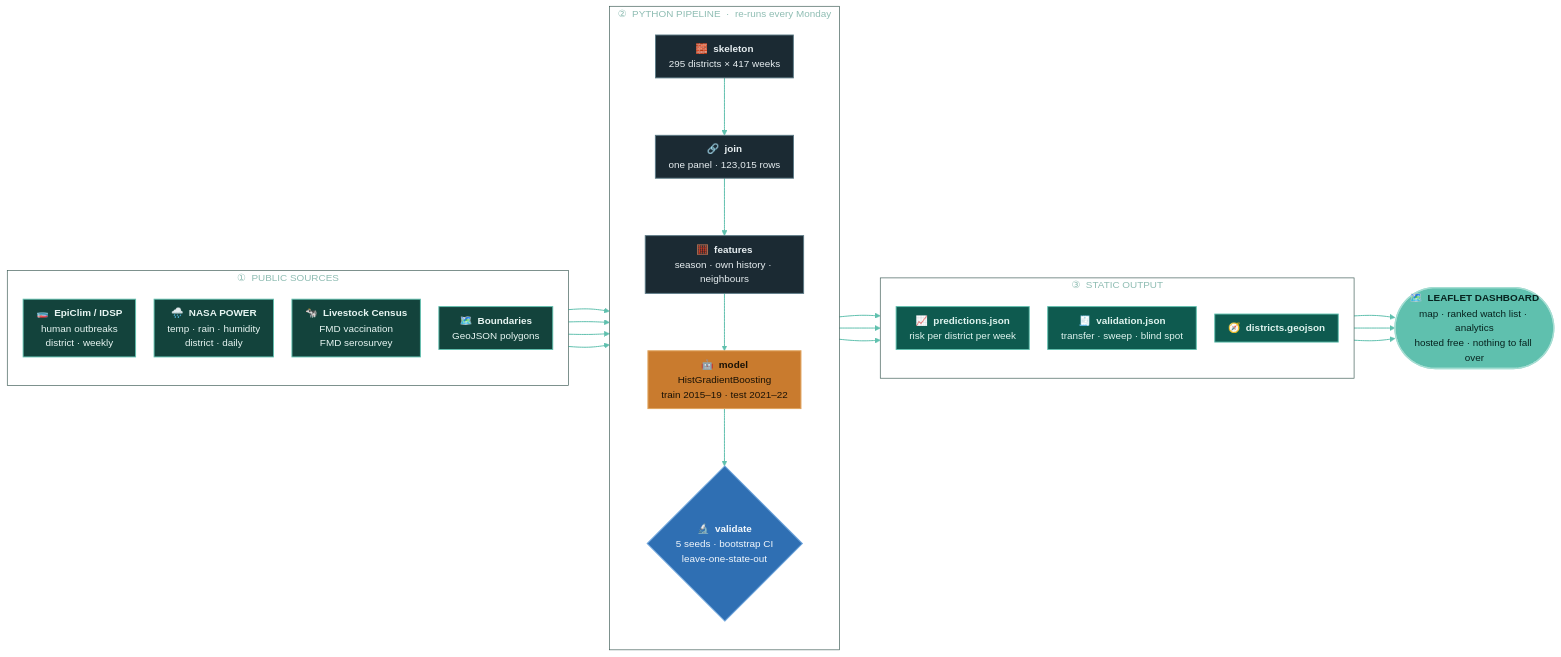
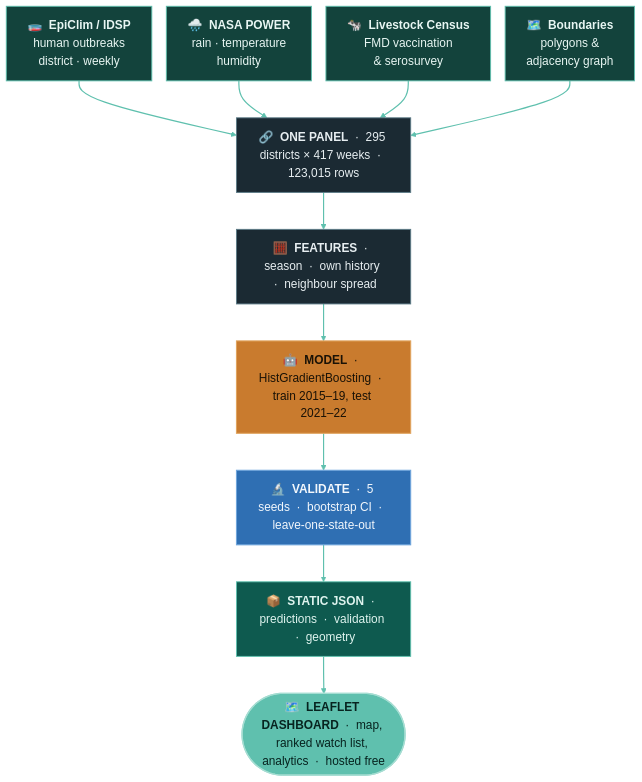
One commit to lakkarsunanditha14/onehealth-early-warning changed the diagram in README.md. Above: the diagram before and after it, drawn with Mermaid. The commit also changed other lines of this file, not shown here.

Commit message:
taller architecture diagram, fewer tables

````diff
--- a/README.md
+++ b/README.md
@@ -254,56 +255,36 @@
 ```mermaid
-%%{init: {"theme":"base","themeVariables":{"fontSize":"15px","fontFamily":"IBM Plex Sans, Segoe UI, sans-serif","lineColor":"#5FC0AE","clusterBkg":"transparent","clusterBorder":"#3C5A54","edgeLabelBackground":"#13433C","tertiaryColor":"transparent","titleColor":"#8FBDB3","textColor":"#CFE2DE","nodeTextColor":"#E8F6F3"},"flowchart":{"nodeSpacing":28,"rankSpacing":62,"padding":10,"curve":"basis"}}}%%
-flowchart LR
+%%{init: {"theme":"base","themeVariables":{"fontSize":"18px","fontFamily":"IBM Plex Sans, Segoe UI, sans-serif","lineColor":"#5FC0AE","textColor":"#CFE2DE","nodeTextColor":"#E8F6F3"},"flowchart":{"nodeSpacing":22,"rankSpacing":56,"padding":16,"curve":"basis"}}}%%
+flowchart TB
 
-  subgraph SRC ["&nbsp; ① &nbsp;PUBLIC SOURCES &nbsp;"]
-    direction TB
-    A1["🧫 &nbsp;<b>EpiClim / IDSP</b><br>human outbreaks<br>district · weekly"]
-    A2["🌧️ &nbsp;<b>NASA POWER</b><br>temp · rain · humidity<br>district · daily"]
-    A3["🐄 &nbsp;<b>Livestock Census</b><br>FMD vaccination<br>FMD serosurvey"]
-    A4["🗺️ &nbsp;<b>Boundaries</b><br>GeoJSON polygons"]
-  end
+  A1["🧫 &nbsp;<b>EpiClim / IDSP</b><br>human outbreaks<br>district · weekly"]
+  A2["🌧️ &nbsp;<b>NASA POWER</b><br>rain · temperature<br>humidity"]
+  A3["🐄 &nbsp;<b>Livestock Census</b><br>FMD vaccination<br>& serosurvey"]
+  A4["🗺️ &nbsp;<b>Boundaries</b><br>polygons &<br>adjacency graph"]
 
-  subgraph PIPE ["&nbsp; ② &nbsp;PYTHON PIPELINE &nbsp;·&nbsp; re-runs every Monday &nbsp;"]
-    direction TB
-    B1["🧱 &nbsp;<b>skeleton</b><br>295 districts × 417 weeks"]
-    B2["🔗 &nbsp;<b>join</b><br>one panel · 123,015 rows"]
-    B3["🧮 &nbsp;<b>features</b><br>season · own history · neighbours"]
-    B4["🤖 &nbsp;<b>model</b><br>HistGradientBoosting<br>train 2015–19 · test 2021–22"]
-    B5{"🔬 &nbsp;<b>validate</b><br>5 seeds · bootstrap CI<br>leave-one-state-out"}
-    B1 --> B2 --> B3 --> B4 --> B5
-  end
+  B["🔗 &nbsp;<b>ONE PANEL</b> &nbsp;·&nbsp; 295 districts × 417 weeks &nbsp;·&nbsp; 123,015 rows"]
+  C["🧮 &nbsp;<b>FEATURES</b> &nbsp;·&nbsp; season &nbsp;·&nbsp; own history &nbsp;·&nbsp; neighbour spread"]
+  D["🤖 &nbsp;<b>MODEL</b> &nbsp;·&nbsp; HistGradientBoosting &nbsp;·&nbsp; train 2015–19, test 2021–22"]
+  E["🔬 &nbsp;<b>VALIDATE</b> &nbsp;·&nbsp; 5 seeds &nbsp;·&nbsp; bootstrap CI &nbsp;·&nbsp; leave-one-state-out"]
+  F["📦 &nbsp;<b>STATIC JSON</b> &nbsp;·&nbsp; predictions &nbsp;·&nbsp; validation &nbsp;·&nbsp; geometry"]
+  G(["🗺️ &nbsp;<b>LEAFLET DASHBOARD</b> &nbsp;·&nbsp; map, ranked watch list, analytics &nbsp;·&nbsp; hosted free"])
 
-  subgraph OUT ["&nbsp; ③ &nbsp;STATIC OUTPUT &nbsp;"]
-    direction TB
-    C1["📈 &nbsp;<b>predictions.json</b><br>risk per district per week"]
-    C2["🧾 &nbsp;<b>validation.json</b><br>transfer · sweep · blind spot"]
-    C3["🧭 &nbsp;<b>districts.geojson</b>"]
-  end
-
-  APP(["🗺️ &nbsp;<b>LEAFLET DASHBOARD</b><br>map · ranked watch list · analytics<br>hosted free · nothing to fall over"])
-
-  A1 --> B2
-  A2 --> B2
-  A3 --> B2
-  A4 --> B1
-  B4 --> C1
-  B5 --> C2
-  B1 --> C3
-  C1 --> APP
-  C2 --> APP
-  C3 --> APP
+  A1 --> B
+  A2 --> B
+  A3 --> B
+  A4 --> B
+  B --> C --> D --> E --> F --> G
 
   classDef src  fill:#13433C,stroke:#5FC0AE,stroke-width:1.4px,color:#E8F6F3
   classDef pipe fill:#1B2A33,stroke:#5B7A86,stroke-width:1.4px,color:#E7EEF1
   classDef mdl  fill:#C97B2E,stroke:#E0A45E,stroke-width:1.6px,color:#1A1206
   classDef val  fill:#2F6FB3,stroke:#6FA5DC,stroke-width:1.6px,color:#F2F7FC
   classDef out  fill:#0E5A4F,stroke:#5FC0AE,stroke-width:1.4px,color:#DFF4EF
   classDef app  fill:#5FC0AE,stroke:#A5DDD2,stroke-width:2px,color:#07231F
   class A1,A2,A3,A4 src
-  class B1,B2,B3 pipe
-  class B4 mdl
-  class B5 val
-  class C1,C2,C3 out
-  class APP app
-  linkStyle default stroke:#5FC0AE,stroke-width:1.5px
+  class B,C pipe
+  class D mdl
+  class E val
+  class F out
+  class G app
+  linkStyle default stroke:#5FC0AE,stroke-width:1.8px
 ```
````
